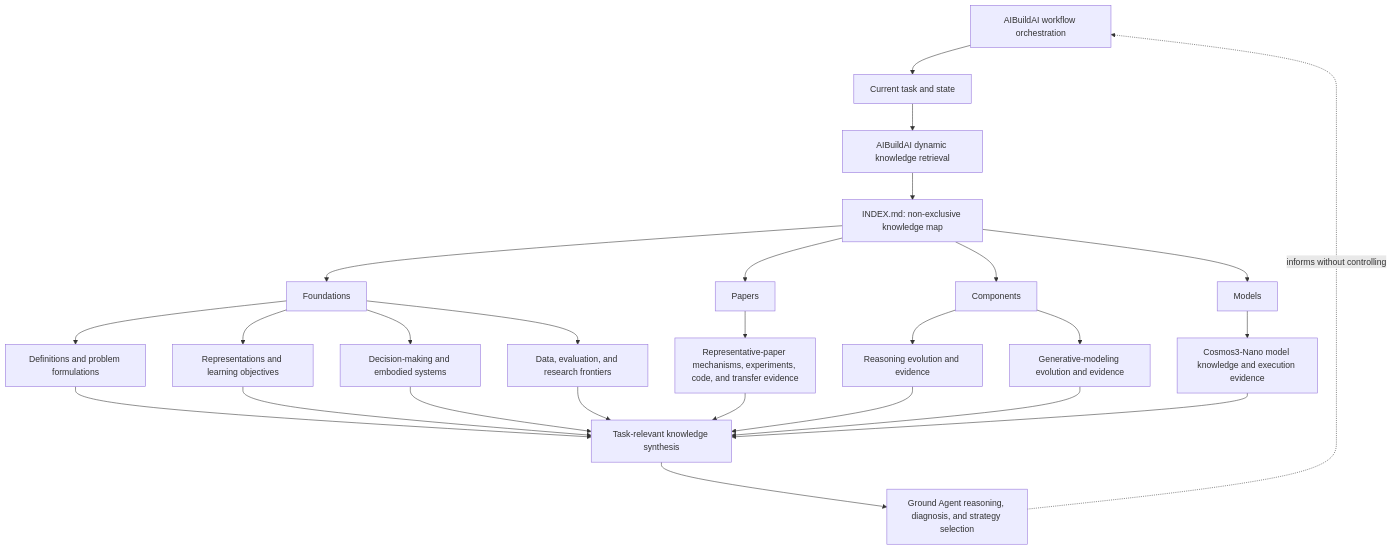
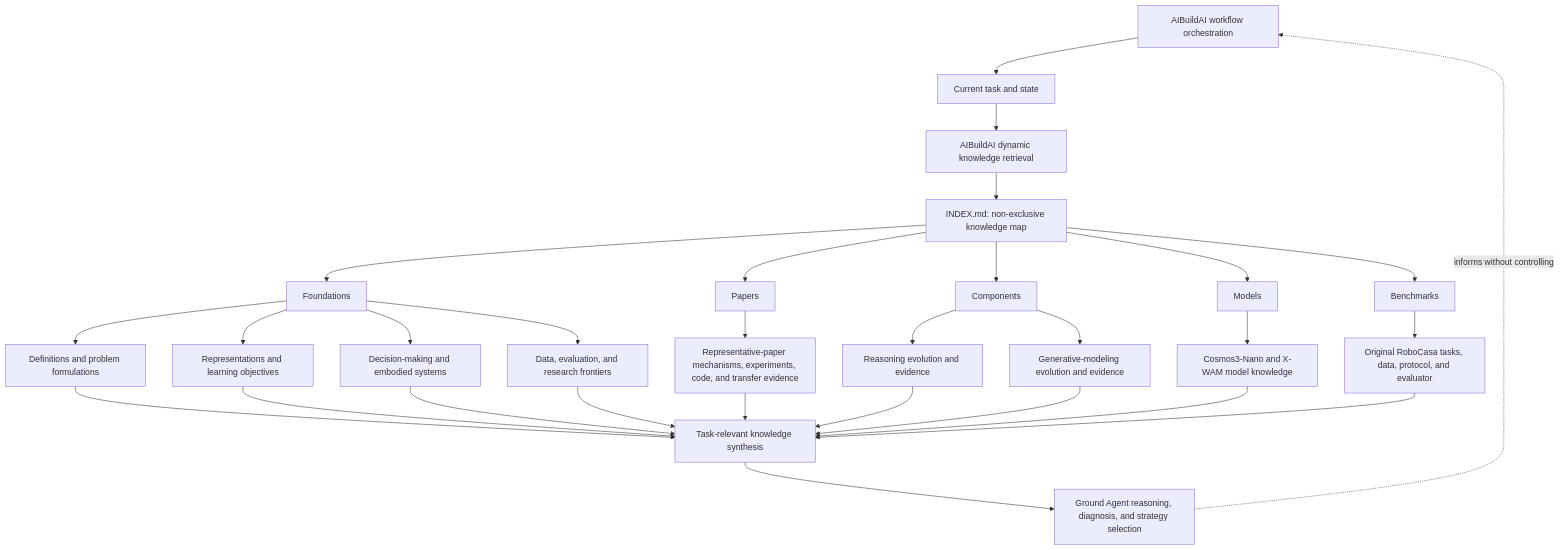
Before and after one commit to ABA-WM-Knowledge-Base/ABA-WM-Knowledge-Base: the diagram in README.md, drawn with Mermaid. The commit also changed other lines of this file and 65 other files, not shown here.

Commit message:
Add RoboCasa benchmark and X-WAM knowledge entries

````diff
--- a/README.md
+++ b/README.md
@@ -28,33 +28,36 @@
 ```mermaid
 flowchart TD
     O["AIBuildAI workflow orchestration"] --> T["Current task and state"]
     T --> R["AIBuildAI dynamic knowledge retrieval"]
     R --> I["INDEX.md: non-exclusive knowledge map"]
 
     I --> F["Foundations"]
     I --> P["Papers"]
     I --> X["Components"]
     I --> M["Models"]
+    I --> B["Benchmarks"]
 
     F --> F1["Definitions and problem formulations"]
     F --> F2["Representations and learning objectives"]
     F --> F3["Decision-making and embodied systems"]
     F --> F4["Data, evaluation, and research frontiers"]
 
     P --> PE["Representative-paper mechanisms, experiments, code, and transfer evidence"]
     X --> XR["Reasoning evolution and evidence"]
     X --> XG["Generative-modeling evolution and evidence"]
-    M --> C["Cosmos3-Nano model knowledge and execution evidence"]
+    M --> C["Cosmos3-Nano and X-WAM model knowledge"]
+    B --> RB["Original RoboCasa tasks, data, protocol, and evaluator"]
 
     F1 --> S["Task-relevant knowledge synthesis"]
     F2 --> S
     F3 --> S
     F4 --> S
     PE --> S
     XR --> S
     XG --> S
     C --> S
+    RB --> S
 
     S --> D["Ground Agent reasoning, diagnosis, and strategy selection"]
     D -.->|informs without controlling| O
 ```
````
